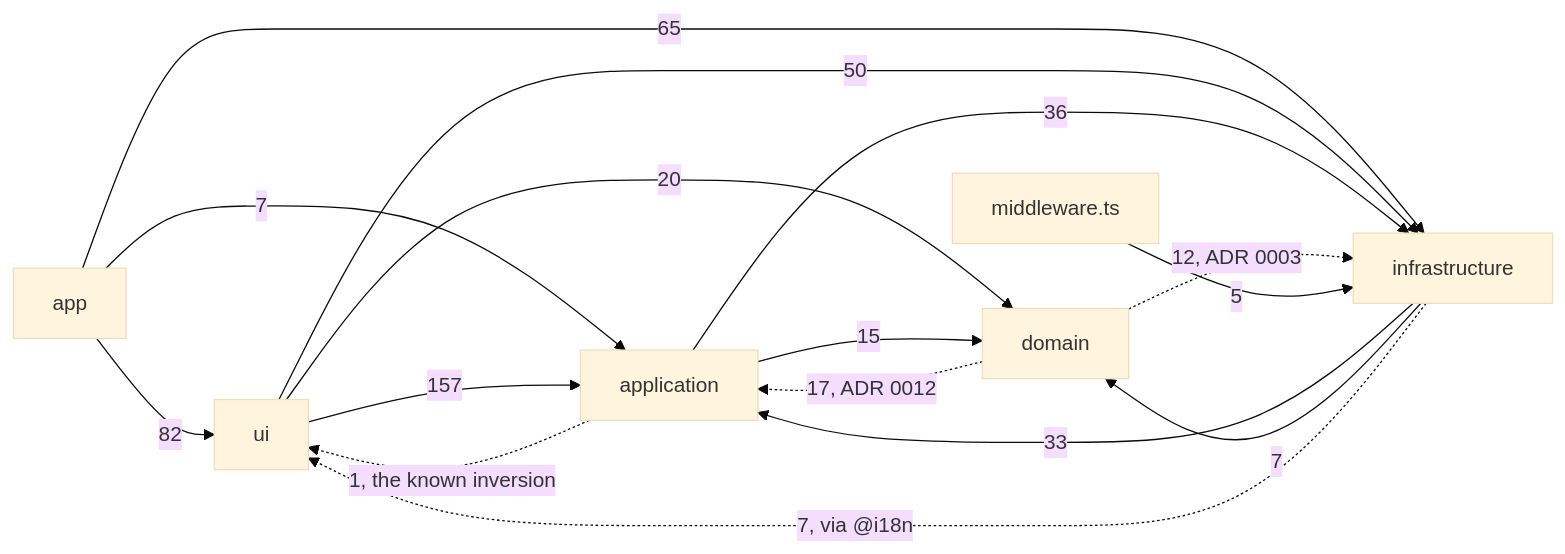
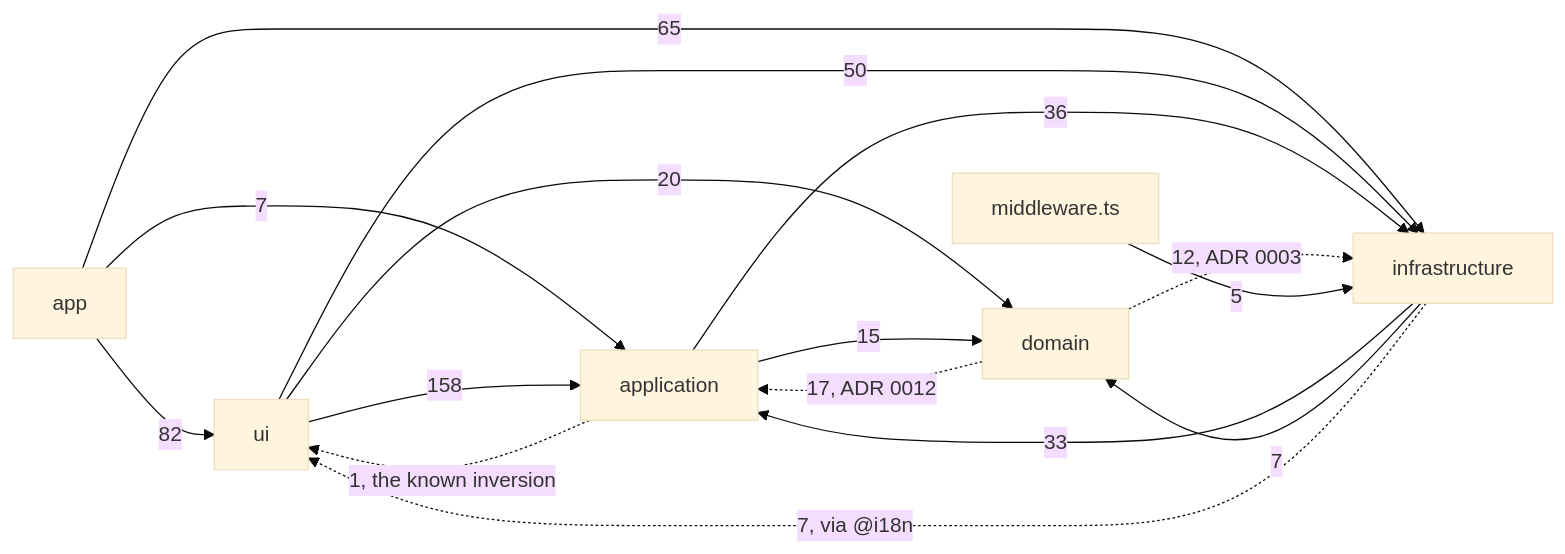
One commit to fbuireu/forever-pto changed the diagram in apps/docs/src/content/docs/architecture/overview.mdx. Above: the diagram before and after it, drawn with Mermaid (base theme). The commit also changed other lines of this file and 6 other files, not shown here.

````diff
--- a/apps/docs/src/content/docs/architecture/overview.mdx
+++ b/apps/docs/src/content/docs/architecture/overview.mdx
@@ -47,24 +47,24 @@
 ```mermaid
 flowchart LR
   APP[app]
   UI[ui]
   APPL[application]
   DOM[domain]
   INFRA[infrastructure]
   MW[middleware.ts]
   APP -->|82| UI
   APP -->|7| APPL
   APP -->|65| INFRA
-  UI -->|157| APPL
+  UI -->|158| APPL
   UI -->|20| DOM
   UI -->|50| INFRA
   APPL -->|15| DOM
   APPL -->|36| INFRA
   APPL -.->|1, the known inversion| UI
   DOM -.->|17, ADR 0012| APPL
   DOM -.->|12, ADR 0003| INFRA
   INFRA -->|33| APPL
   INFRA -->|7| DOM
   INFRA -.->|7, via @i18n| UI
   MW -->|5| INFRA
 ```
````
